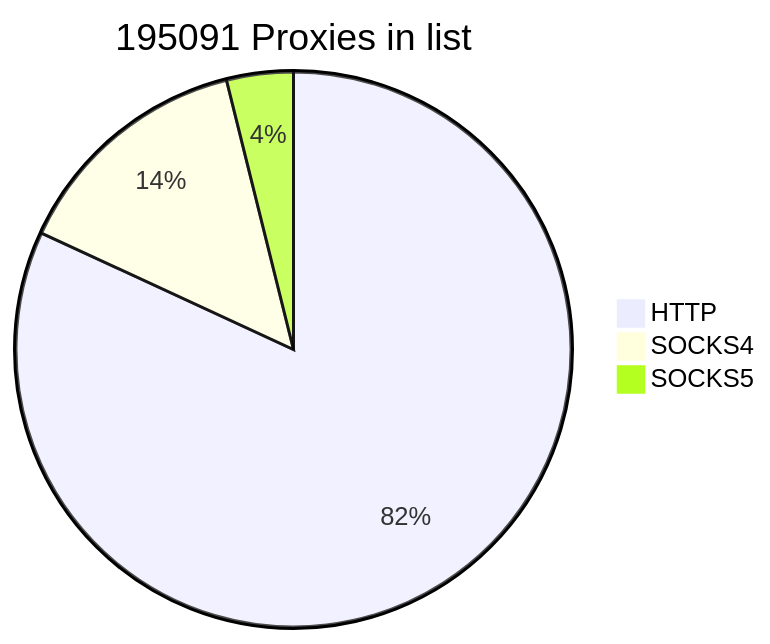
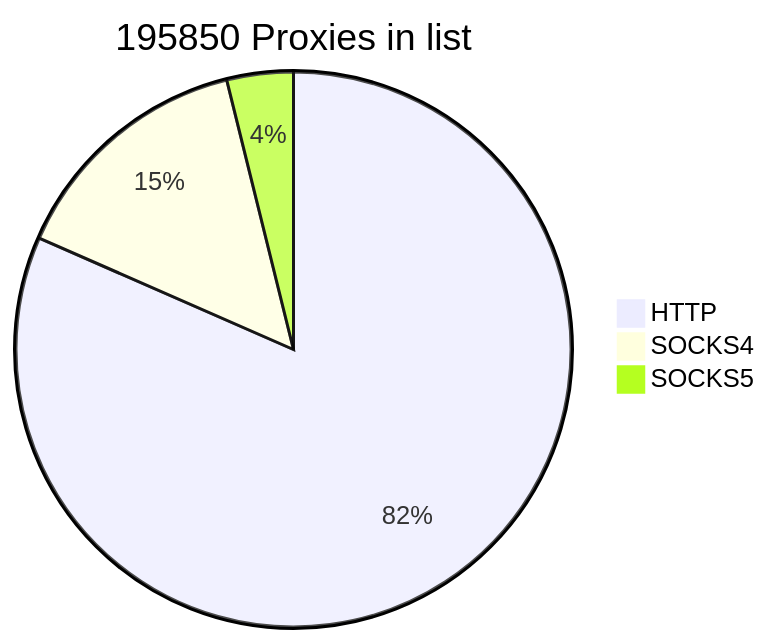
One commit to cutipu/proxylist changed the first of 2 diagrams in README.md. Above: the diagram before and after it, drawn with Mermaid. The commit also changed other lines of this file, not shown here.

````diff
--- a/README.md
+++ b/README.md
@@ -2,7 +2,7 @@
 ```mermaid
-pie title 195091 Proxies in list
-    "HTTP" : 159751
-    "SOCKS4" : 27768
+pie title 195850 Proxies in list
+    "HTTP" : 159758
+    "SOCKS4" : 28520
     "SOCKS5" : 7572
             
 ```
````
